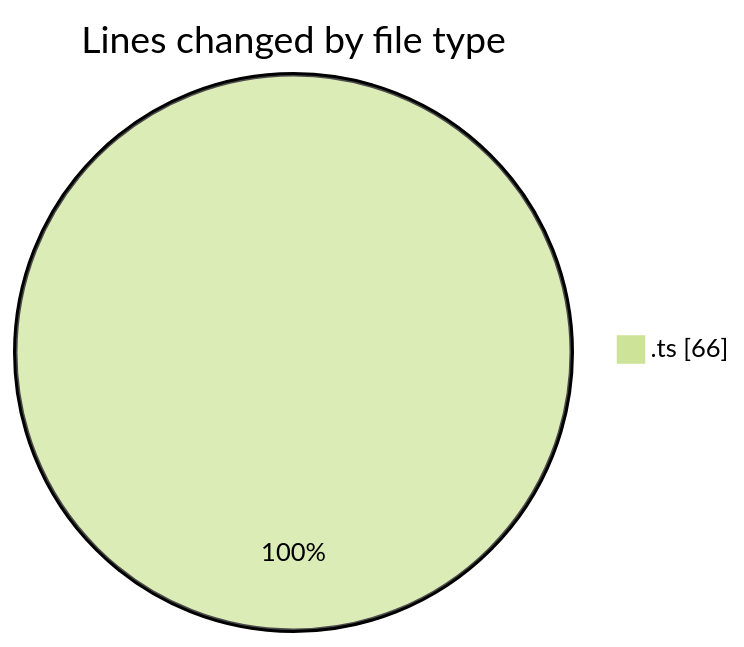
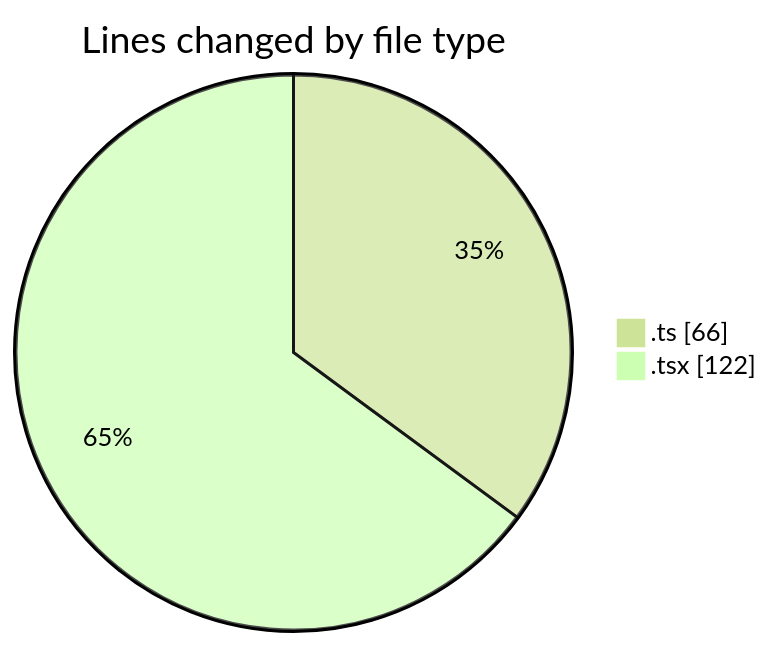
One commit to momahboobian/code-tracking changed the first of 2 diagrams in 2026-02-26/car_database/README.md. Above: the diagram before and after it, drawn with Mermaid (forest theme). The commit also changed other lines of this file and 1 other file, not shown here.

````diff
--- a/2026-02-26/car_database/README.md
+++ b/2026-02-26/car_database/README.md
@@ -20,5 +21,6 @@
 ```mermaid
 pie showData
 title Lines changed by file type
 ".ts" : 66
+".tsx" : 122
 ```
````
